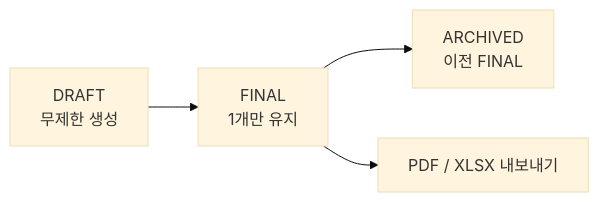
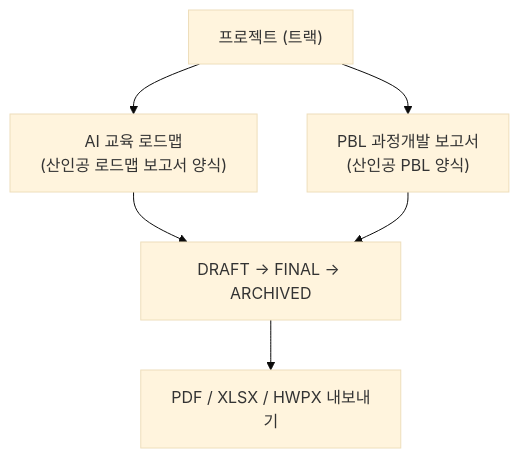
Before and after one commit to BaekKyunShin/KPC-AX-Roadmap-Dashboard: the sixth of 6 diagrams in README.md, drawn with Mermaid (base theme). The commit also changed other lines of this file, not shown here.

````diff
--- a/README.md
+++ b/README.md
@@ -494,6 +510,8 @@
 ```mermaid
-flowchart LR
-    DRAFT["DRAFT<br>무제한 생성"] --> FINAL["FINAL<br>1개만 유지"]
-    FINAL --> ARCHIVED["ARCHIVED<br>이전 FINAL"]
-    FINAL --> EXPORT["PDF / XLSX 내보내기"]
+flowchart TD
+    P["프로젝트 (트랙)"] --> R["AI 교육 로드맵<br>(산인공 로드맵 보고서 양식)"]
+    P --> B["PBL 과정개발 보고서<br>(산인공 PBL 양식)"]
+    R --> V["DRAFT → FINAL → ARCHIVED"]
+    B --> V
+    V --> EXP["PDF / XLSX / HWPX 내보내기"]
 ```
````
